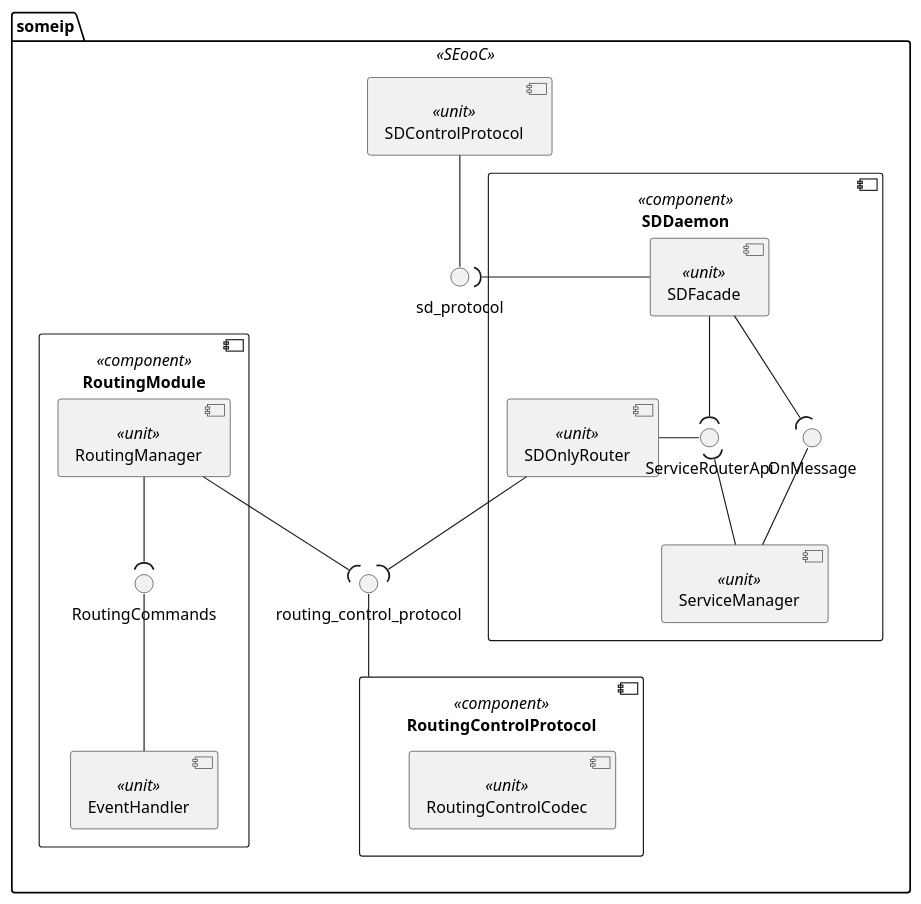
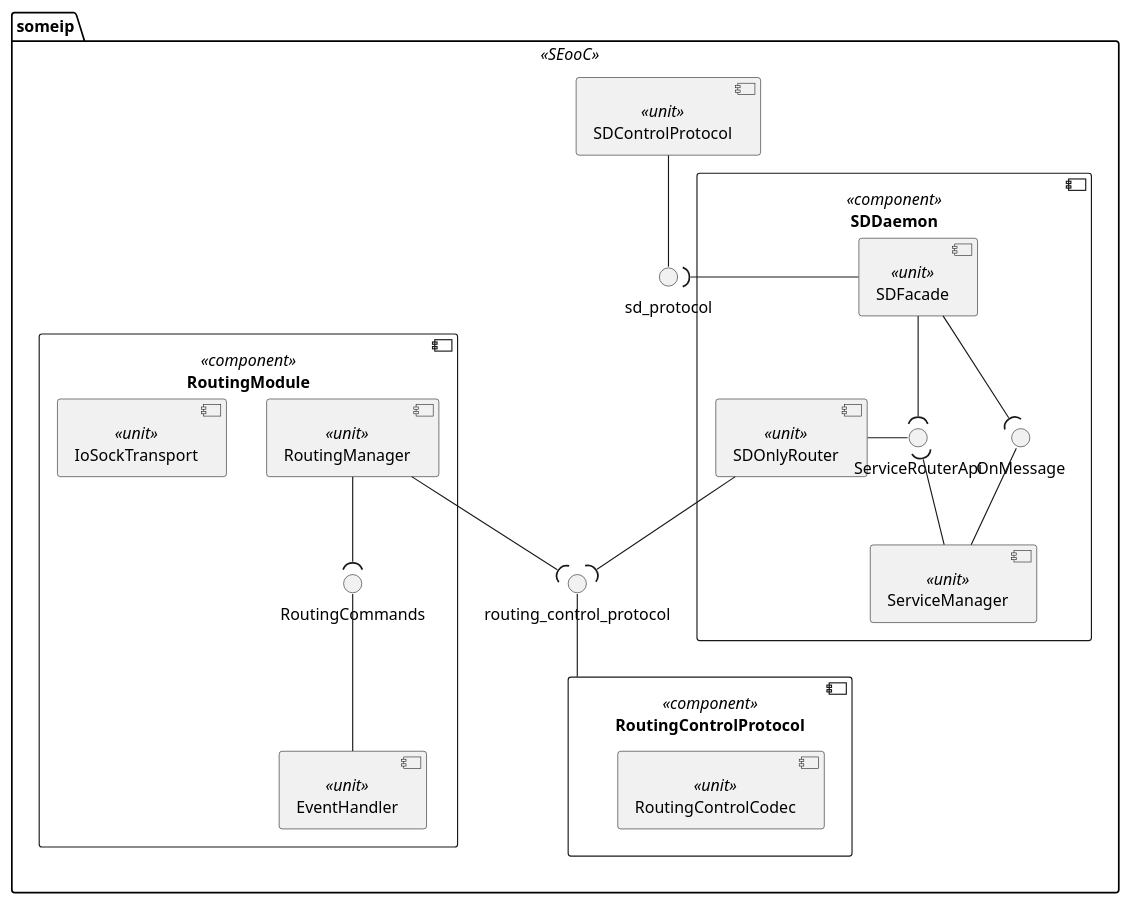
Before and after one commit to eclipse-score/communication: the diagram in score/someip/dependability/architectural_design/static_design/overall.puml, drawn with PlantUML. The commit also changed 17 other files, not shown here.

First line of the commit message:
someip: add io-sock RX transport unit

```diff
--- a/score/someip/dependability/architectural_design/static_design/overall.puml
+++ b/score/someip/dependability/architectural_design/static_design/overall.puml
@@ -13,46 +13,47 @@
 @startuml SomeIp_StaticDesign
 
 package someip <<SEooC>> {
 
   component SDControlProtocol <<unit>>
   component RoutingControlProtocol <<component>> {
     component RoutingControlCodec <<unit>>
   }
 
 
   interface sd_protocol
   interface routing_control_protocol
 
   RoutingControlProtocol -u- routing_control_protocol
   SDControlProtocol -d- sd_protocol
 
   component SDDaemon <<component>> {
     component ServiceManager <<unit>>
     component SDFacade <<unit>>
     component SDOnlyRouter <<unit>>
 
     interface OnMessage
     interface ServiceRouterApi
 
     SDFacade --( OnMessage
     ServiceManager -u- OnMessage
     SDFacade --( ServiceRouterApi
     ServiceManager -l-( ServiceRouterApi
     SDOnlyRouter -r- ServiceRouterApi
     SDOnlyRouter --( routing_control_protocol
     SDFacade -l-( sd_protocol
   }
 
   component RoutingModule <<component>> {
     component EventHandler <<unit>>
     component RoutingManager <<unit>>
+    component IoSockTransport <<unit>>
 
     interface RoutingCommands
 
     EventHandler -u- RoutingCommands
     RoutingManager --( RoutingCommands
     RoutingManager --( routing_control_protocol
   }
 }
 
 @enduml
```
